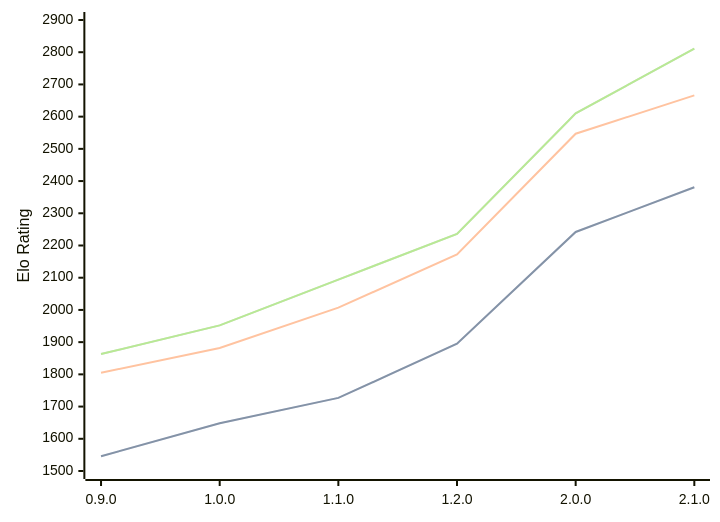
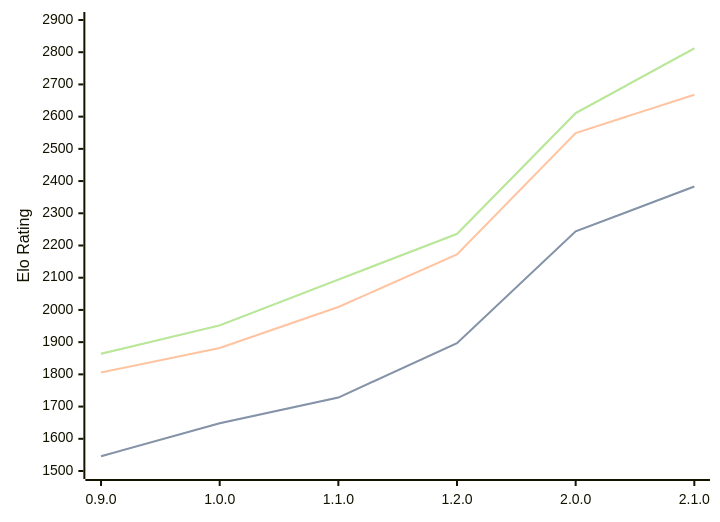
Before and after one commit to computer-chess-index/cci: the diagram in engines/Ratsu.md, drawn with Mermaid. The commit also changed other lines of this file, not shown here.

Commit message:
Update CCI Ratings (ELO VLTC) - 2026-09-01

````diff
--- a/engines/Ratsu.md
+++ b/engines/Ratsu.md
@@ -36,11 +36,11 @@
 ```mermaid
 %%{init: {"theme":"base","themeVariables":{"seriesColors:['#a3a3a3','#222221','#faa371']}}}%%
 xychart-beta
   x-axis ["0.9.0", "1.0.0", "1.1.0", "1.2.0", "2.0.0", "2.1.0"]
   y-axis "Elo Rating" 1500 --> 2900
-  line "" [1546, 1648, 1727, 1895, 2242, 2381]
-  line "STC (8.0+0.08s)" [1546, 1648, 1727, 1895, 2242, 2381]
-  line "LTC (60.0+0.60s)" [1805, 1882, 2007, 2172, 2547, 2666]
-  line "" [1863, 1952, 2094, 2236, 2610, 2811]
-  line "VLTC (2m24s+1.12s)" [1863, 1952, 2094, 2236, 2610, 2811]
+  line "" [1546, 1648, 1728, 1897, 2244, 2383]
+  line "STC (8.0+0.08s)" [1546, 1648, 1728, 1897, 2244, 2383]
+  line "LTC (60.0+0.60s)" [1806, 1882, 2009, 2172, 2549, 2668]
+  line "" [1864, 1952, 2094, 2236, 2611, 2812]
+  line "VLTC (2m24s+1.12s)" [1864, 1952, 2094, 2236, 2611, 2812]
 ```
````
